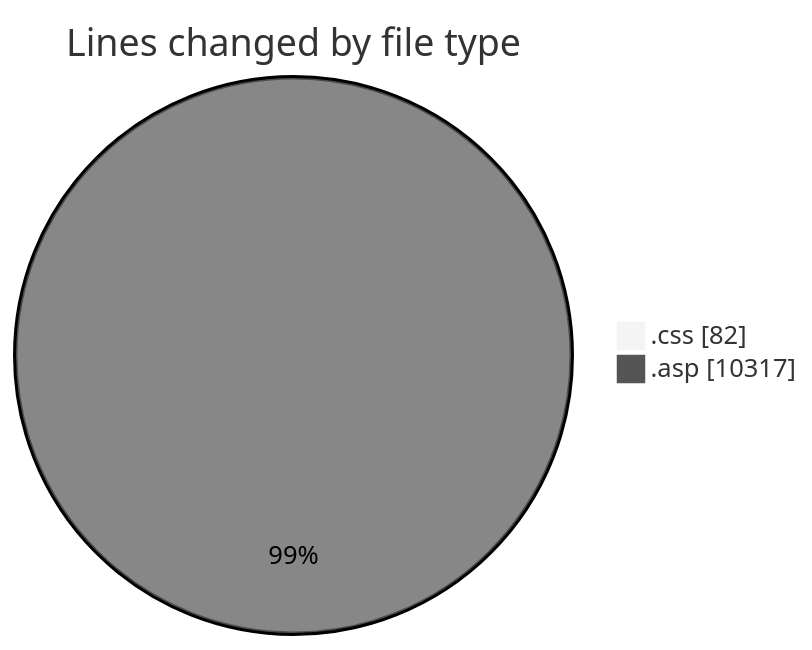
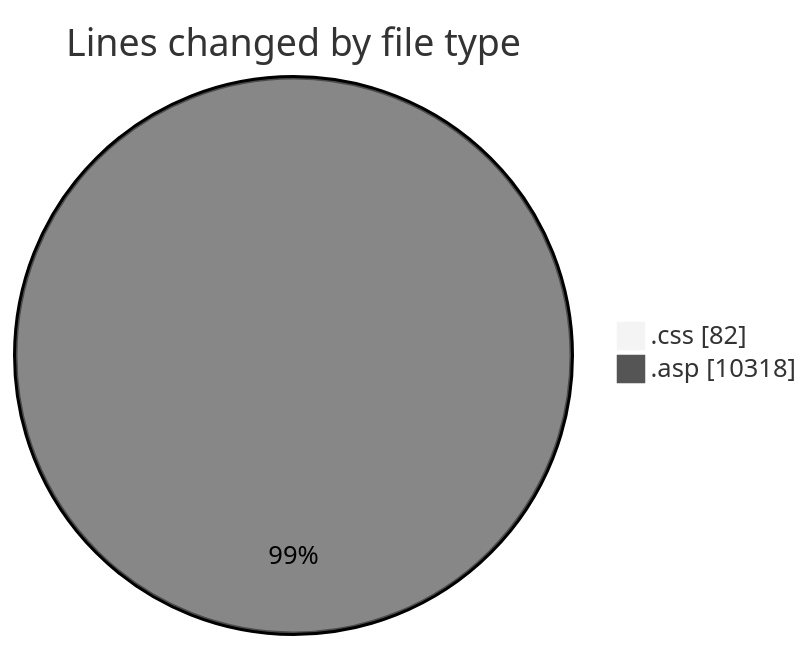
Before and after one commit to julien-gomy/code-tracking: the first of 2 diagrams in 2025-11-16/cdp_aleoudev_fr__workspace_/README.md, drawn with Mermaid (neutral theme). The commit also changed other lines of this file and 1 other file, not shown here.

````diff
--- a/2025-11-16/cdp_aleoudev_fr__workspace_/README.md
+++ b/2025-11-16/cdp_aleoudev_fr__workspace_/README.md
@@ -34,6 +34,6 @@
 ```mermaid
 pie showData
 title Lines changed by file type
 ".css" : 82
-".asp" : 10317
+".asp" : 10318
 ```
````
